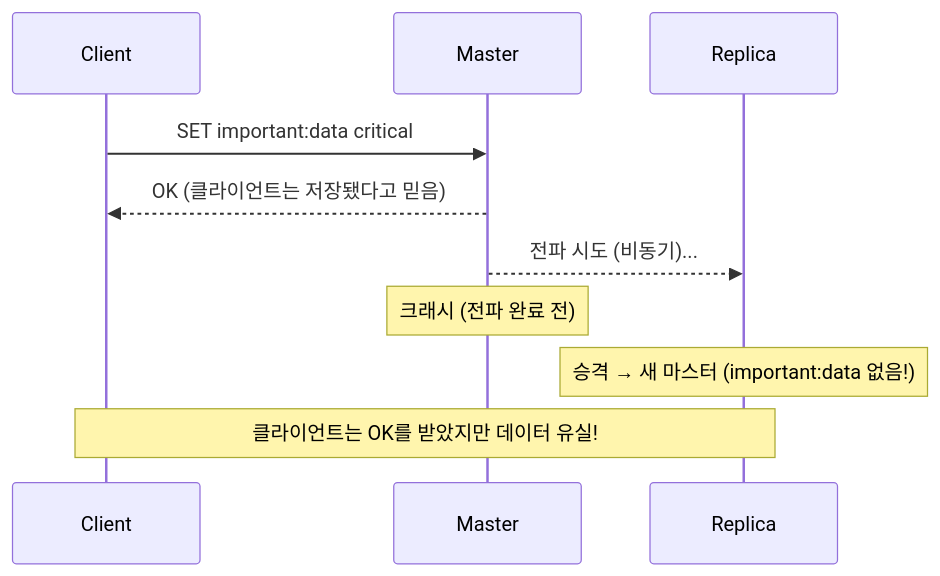
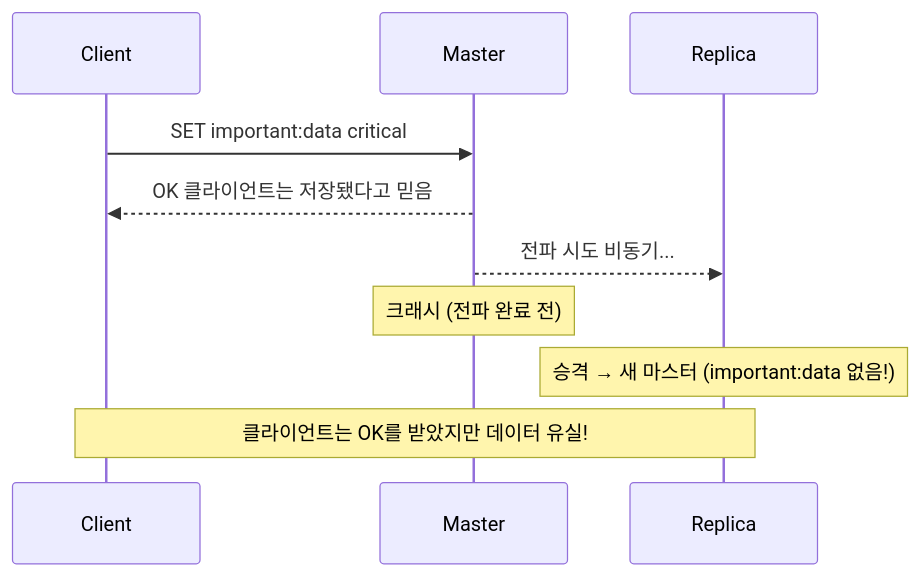
Before and after one commit to yjkim2015/yjkim2015.github.io: the seventh of 9 diagrams in _posts/redis/2026-05-01-redis-replication.md, drawn with Mermaid. The commit also changed other lines of this file and 85 other files, not shown here.

First line of the commit message:
sequenceDiagram 문법 에러 2차 수정 169개 (86파일)

````diff
--- a/_posts/redis/2026-05-01-redis-replication.md
+++ b/_posts/redis/2026-05-01-redis-replication.md
@@ -149,12 +149,12 @@
 ```mermaid
 sequenceDiagram
     participant C as Client
     participant M as Master
     participant Rep as Replica
     C->>M: SET important:data critical
-    M-->>C: OK (클라이언트는 저장됐다고 믿음)
-    M-->>Rep: 전파 시도 (비동기)...
+    M-->>C: OK 클라이언트는 저장됐다고 믿음
+    M-->>Rep: 전파 시도 비동기...
     Note over M:  크래시 (전파 완료 전)
     Note over Rep: 승격 → 새 마스터 (important:data 없음!)
     Note over C,Rep: 클라이언트는 OK를 받았지만 데이터 유실!
 ```
````
